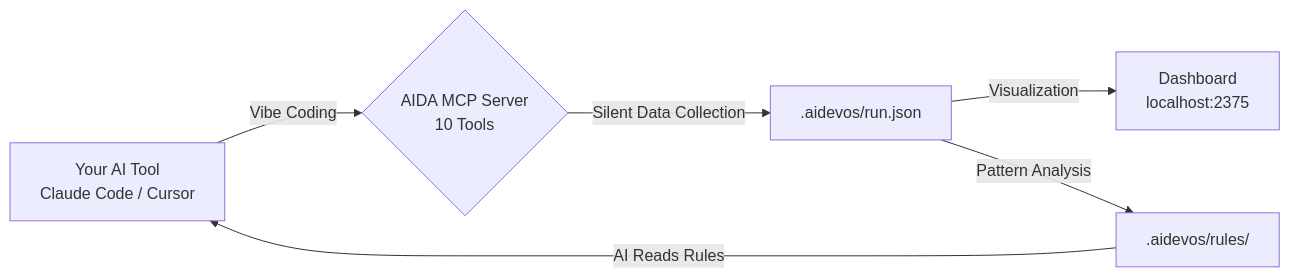
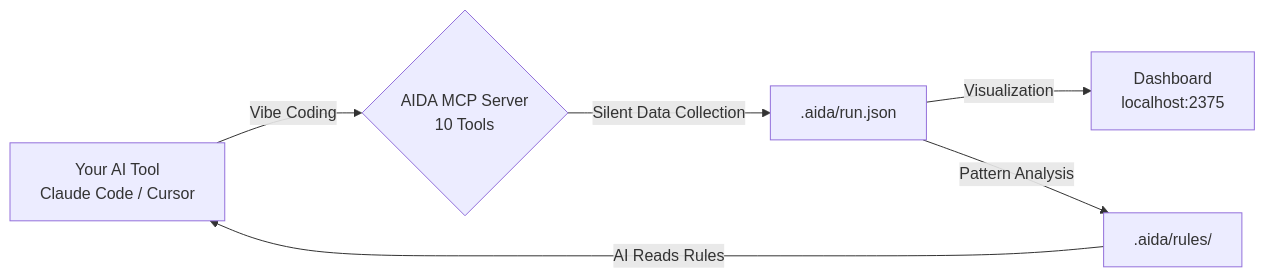
Before and after one commit to LWTlong/aida: the diagram in README.md, drawn with Mermaid. The commit also changed other lines of this file and 63 other files, not shown here.

````diff
--- a/README.md
+++ b/README.md
@@ -257,8 +265,8 @@
 ```mermaid
 flowchart LR
     A["Your AI Tool\nClaude Code / Cursor"] -->|Vibe Coding| B{"AIDA MCP Server\n10 Tools"}
-    B -->|Silent Data Collection| C[".aidevos/run.json"]
+    B -->|Silent Data Collection| C[".aida/run.json"]
     C -->|Visualization| D["Dashboard\nlocalhost:2375"]
-    C -->|Pattern Analysis| E[".aidevos/rules/"]
+    C -->|Pattern Analysis| E[".aida/rules/"]
     E -->|AI Reads Rules| A
 ```
````
